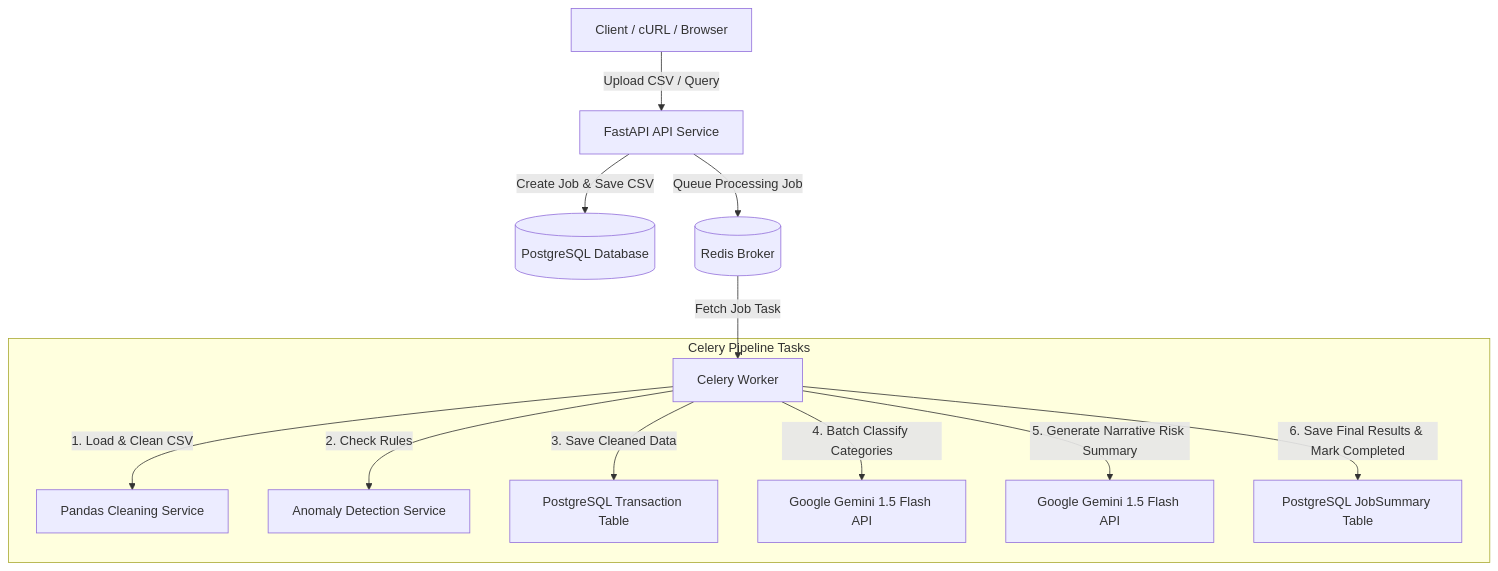
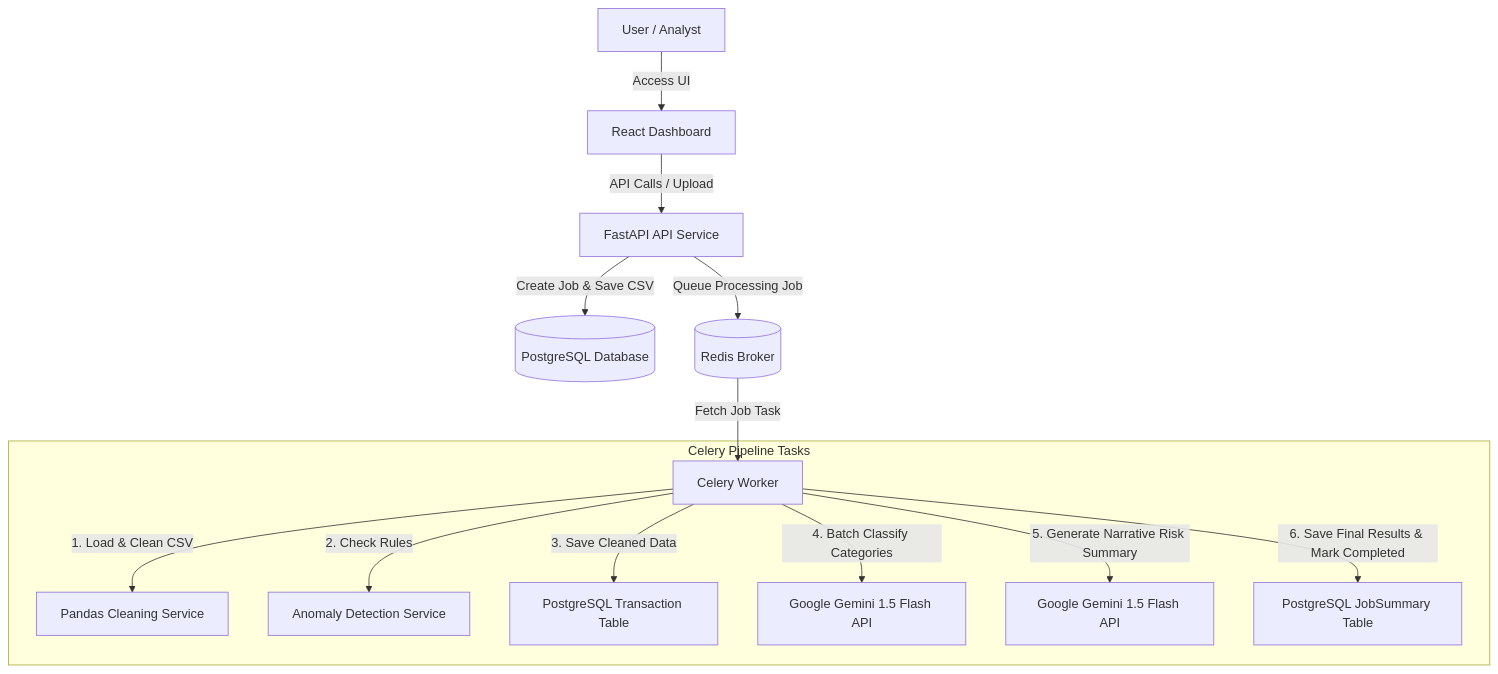
Before and after one commit to abdulrahman2202/AI-Powered-Transaction-Processing-Pipeline: the diagram in README.md, drawn with Mermaid. The commit also changed other lines of this file and 283 other files, not shown here.

````diff
--- a/README.md
+++ b/README.md
@@ -11,16 +11,17 @@
 ```mermaid
 graph TD
-    Client[Client / cURL / Browser] -->|Upload CSV / Query| API[FastAPI API Service]
+    User[User / Analyst] -->|Access UI| FE[React Dashboard]
+    FE -->|API Calls / Upload| API[FastAPI API Service]
     API -->|Create Job & Save CSV| DB[(PostgreSQL Database)]
     API -->|Queue Processing Job| Redis[(Redis Broker)]
     Redis -->|Fetch Job Task| Worker[Celery Worker]
     
     subgraph Celery Pipeline Tasks
         Worker -->|1. Load & Clean CSV| Clean[Pandas Cleaning Service]
         Worker -->|2. Check Rules| Anomaly[Anomaly Detection Service]
         Worker -->|3. Save Cleaned Data| SaveDB[PostgreSQL Transaction Table]
         Worker -->|4. Batch Classify Categories| GeminiClassify[Google Gemini 1.5 Flash API]
         Worker -->|5. Generate Narrative Risk Summary| GeminiSummary[Google Gemini 1.5 Flash API]
         Worker -->|6. Save Final Results & Mark Completed| SaveFinal[PostgreSQL JobSummary Table]
     end
 ```
````
